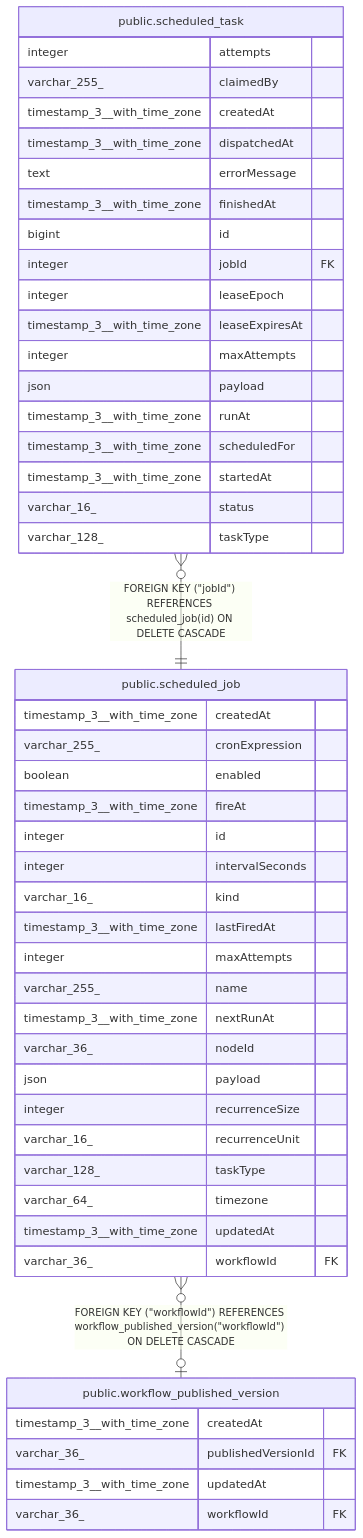
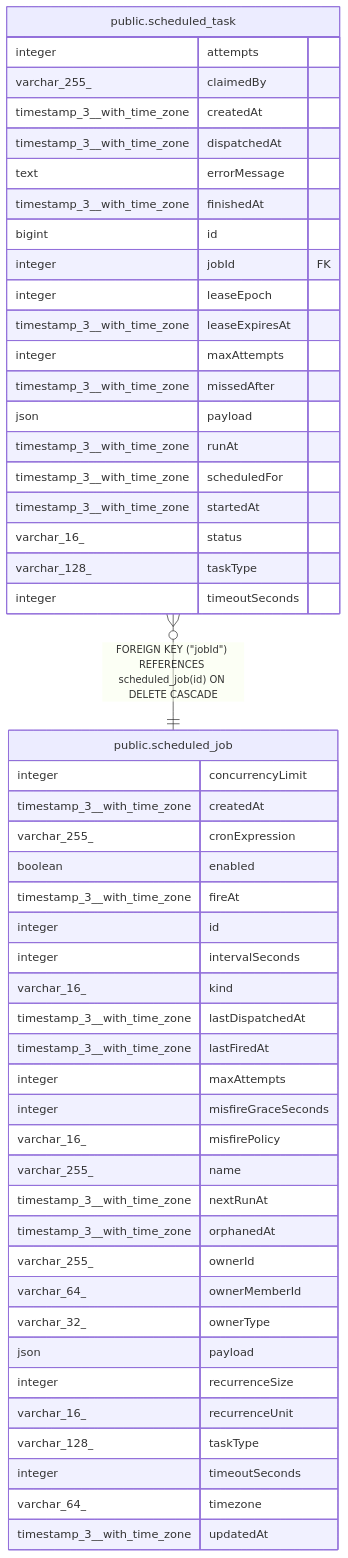
The diagram in n8n_integration/n8n_source/docs/generated/postgres-schema/public.scheduled_job.md (koreatest12/studys), drawn with Mermaid before and after one commit. The commit also changed other lines of this file and 23019 other files, not shown here.

````diff
--- a/n8n_integration/n8n_source/docs/generated/postgres-schema/public.scheduled_job.md
+++ b/n8n_integration/n8n_source/docs/generated/postgres-schema/public.scheduled_job.md
@@ -61,53 +77,55 @@
 ```mermaid
 erDiagram
 
 "public.scheduled_task" }o--|| "public.scheduled_job" : "FOREIGN KEY (#quot;jobId#quot;) REFERENCES scheduled_job(id) ON DELETE CASCADE"
-"public.scheduled_job" }o--o| "public.workflow_published_version" : "FOREIGN KEY (#quot;workflowId#quot;) REFERENCES workflow_published_version(#quot;workflowId#quot;) ON DELETE CASCADE"
 
 "public.scheduled_job" {
+  integer concurrencyLimit
   timestamp_3__with_time_zone createdAt
   varchar_255_ cronExpression
   boolean enabled
   timestamp_3__with_time_zone fireAt
   integer id
   integer intervalSeconds
   varchar_16_ kind
+  timestamp_3__with_time_zone lastDispatchedAt
   timestamp_3__with_time_zone lastFiredAt
   integer maxAttempts
+  integer misfireGraceSeconds
+  varchar_16_ misfirePolicy
   varchar_255_ name
   timestamp_3__with_time_zone nextRunAt
-  varchar_36_ nodeId
+  timestamp_3__with_time_zone orphanedAt
+  varchar_255_ ownerId
+  varchar_64_ ownerMemberId
+  varchar_32_ ownerType
   json payload
   integer recurrenceSize
   varchar_16_ recurrenceUnit
   varchar_128_ taskType
+  integer timeoutSeconds
   varchar_64_ timezone
   timestamp_3__with_time_zone updatedAt
-  varchar_36_ workflowId FK
 }
 "public.scheduled_task" {
   integer attempts
   varchar_255_ claimedBy
   timestamp_3__with_time_zone createdAt
   timestamp_3__with_time_zone dispatchedAt
   text errorMessage
   timestamp_3__with_time_zone finishedAt
   bigint id
   integer jobId FK
   integer leaseEpoch
   timestamp_3__with_time_zone leaseExpiresAt
   integer maxAttempts
+  timestamp_3__with_time_zone missedAfter
   json payload
   timestamp_3__with_time_zone runAt
   timestamp_3__with_time_zone scheduledFor
   timestamp_3__with_time_zone startedAt
   varchar_16_ status
   varchar_128_ taskType
-}
-"public.workflow_published_version" {
-  timestamp_3__with_time_zone createdAt
-  varchar_36_ publishedVersionId FK
-  timestamp_3__with_time_zone updatedAt
-  varchar_36_ workflowId FK
+  integer timeoutSeconds
 }
 ```
````
